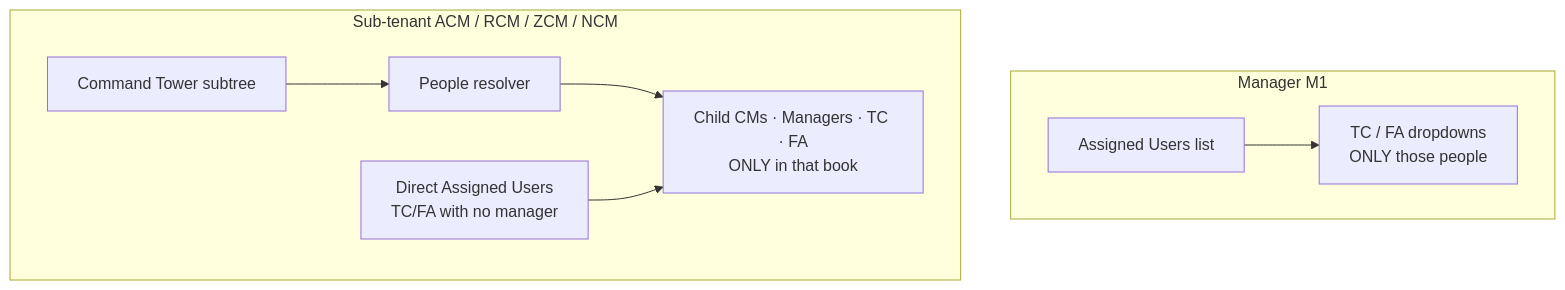
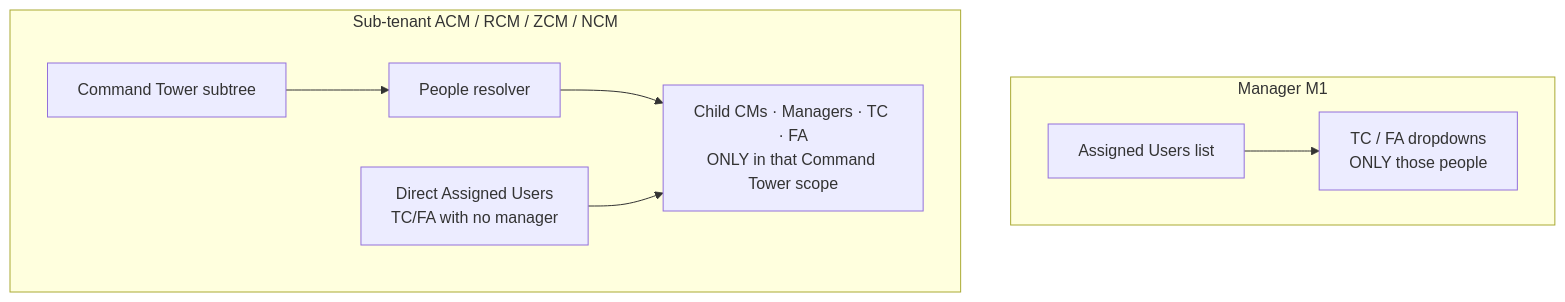
Before and after one commit to shubhamgrayopus/collekto-hierarchy-solution: the fifth of 14 diagrams in Collekto-AuthZ-Visibility-Impact-Understanding.md, drawn with Mermaid. The commit also changed other lines of this file and 2 other files, not shown here.

Commit message:
Use Command Tower rules team terminology across the understanding docs.

````diff
--- a/Collekto-AuthZ-Visibility-Impact-Understanding.md
+++ b/Collekto-AuthZ-Visibility-Impact-Understanding.md
@@ -109,16 +109,16 @@
 ```mermaid
 flowchart TB
   subgraph mgr [Manager M1]
     AU[Assigned Users list]
     DD1[TC / FA dropdowns<br/>ONLY those people]
     AU --> DD1
   end
   subgraph st [Sub-tenant ACM / RCM / ZCM / NCM]
     CT[Command Tower subtree]
     PR[People resolver]
-    DD2[Child CMs · Managers · TC · FA<br/>ONLY in that book]
+    DD2[Child CMs · Managers · TC · FA<br/>ONLY in that Command Tower scope]
     CT --> PR --> DD2
     DU[Direct Assigned Users<br/>TC/FA with no manager]
     DU --> DD2
   end
 ```
````
